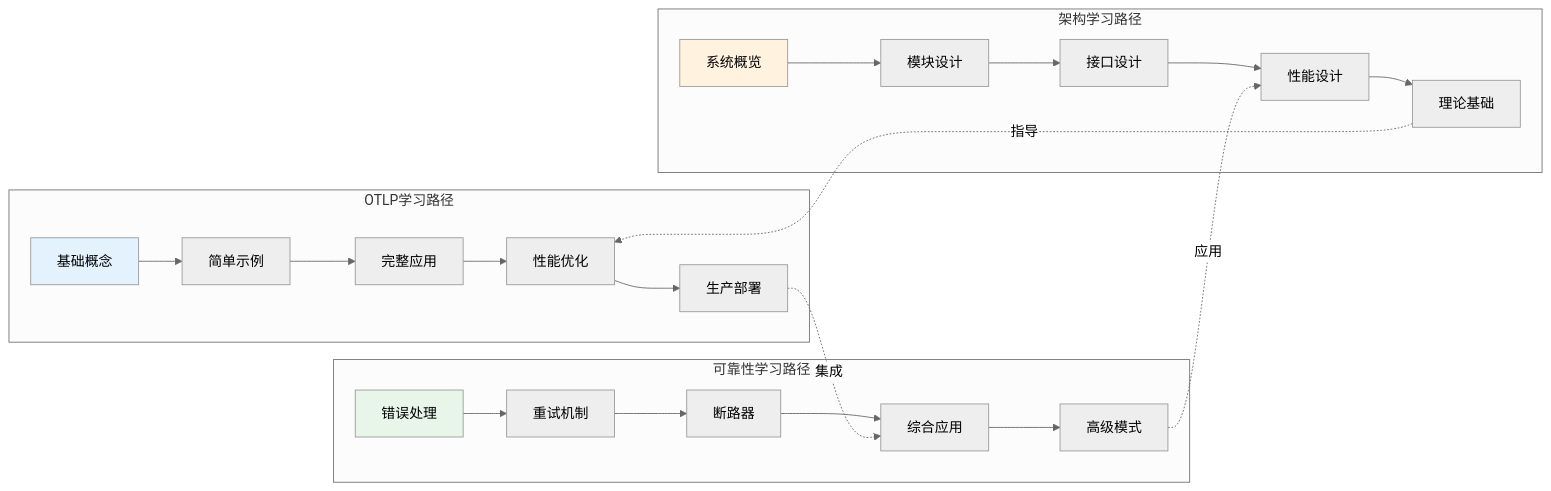
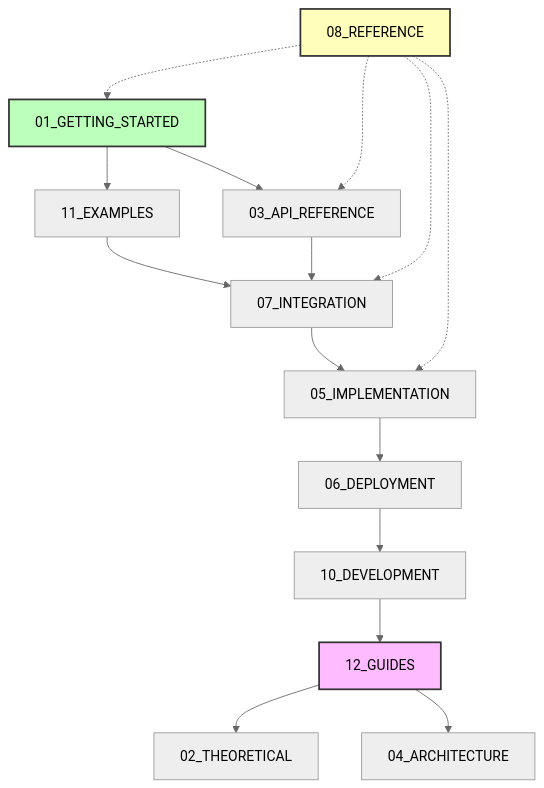
Before and after one commit to AdaMartin18010/OTLP_rust: the third of 4 diagrams in docs/00_INDEX/KNOWLEDGE_GRAPH.md, drawn with Mermaid (neutral theme). The commit also changed other lines of this file and 53 other files, not shown here.

````diff
--- a/docs/00_INDEX/KNOWLEDGE_GRAPH.md
+++ b/docs/00_INDEX/KNOWLEDGE_GRAPH.md
@@ -645,31 +163,37 @@
 ```mermaid
-graph LR
-    subgraph OTLP学习路径
-        O1[基础概念] --> O2[简单示例]
-        O2 --> O3[完整应用]
-        O3 --> O4[性能优化]
-        O4 --> O5[生产部署]
-    end
+graph TD
+    START[01_GETTING_STARTED]
+    EXAMPLES[11_EXAMPLES]
+    API[03_API_REFERENCE]
+    INTEGRATION[07_INTEGRATION]
+    IMPL[05_IMPLEMENTATION]
+    DEPLOY[06_DEPLOYMENT]
+    DEV[10_DEVELOPMENT]
+    GUIDES[12_GUIDES]
+    ARCH[04_ARCHITECTURE]
+    THEO[02_THEORETICAL]
+    REF[08_REFERENCE]
     
-    subgraph 可靠性学习路径
-        R1[错误处理] --> R2[重试机制]
-        R2 --> R3[断路器]
-        R3 --> R4[综合应用]
-        R4 --> R5[高级模式]
-    end
+    START --> EXAMPLES
+    EXAMPLES --> INTEGRATION
+    START --> API
+    API --> INTEGRATION
     
-    subgraph 架构学习路径
-        A1[系统概览] --> A2[模块设计]
-        A2 --> A3[接口设计]
-        A3 --> A4[性能设计]
-        A4 --> A5[理论基础]
-    end
+    INTEGRATION --> IMPL
+    IMPL --> DEPLOY
     
-    O5 -.->|集成| R4
-    R5 -.->|应用| A4
-    A5 -.->|指导| O4
+    DEPLOY --> DEV
+    DEV --> GUIDES
     
-    style O1 fill:#e3f2fd
-    style R1 fill:#e8f5e9
-    style A1 fill:#fff3e0
+    GUIDES --> THEO
+    GUIDES --> ARCH
+    
+    REF -.-> START
+    REF -.-> API
+    REF -.-> INTEGRATION
+    REF -.-> IMPL
+    
+    style START fill:#bfb,stroke:#333,stroke-width:2px
+    style GUIDES fill:#fbf,stroke:#333,stroke-width:2px
+    style REF fill:#ffb,stroke:#333,stroke-width:2px
 ```
````
